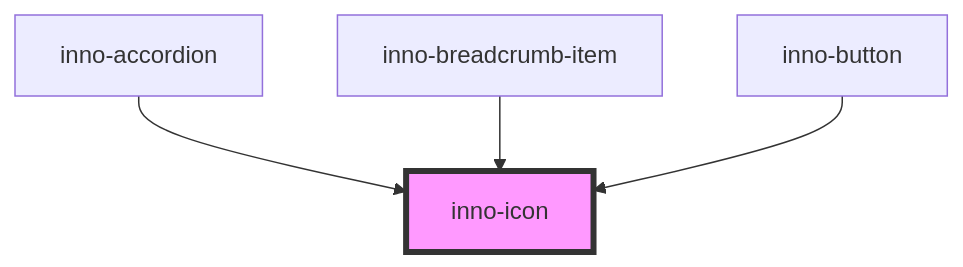
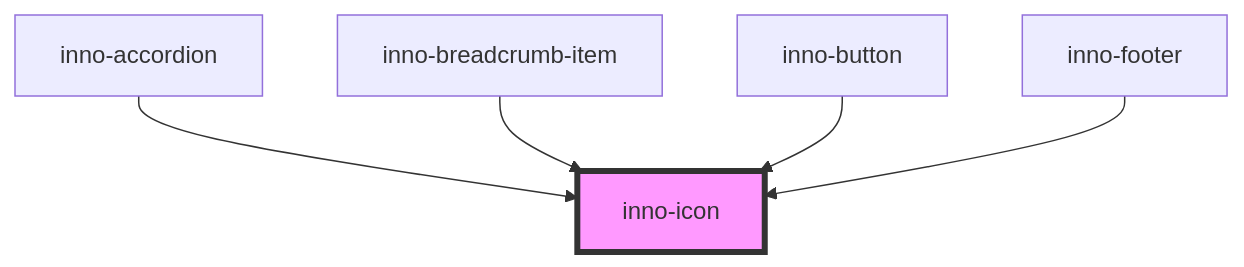
The diagram in packages/stencil-lib/src/components/inno-icon/readme.md (innomotics/brand-experience), drawn with Mermaid before and after one commit. The commit also changed other lines of this file and 8 other files, not shown here.

````diff
--- a/packages/stencil-lib/src/components/inno-icon/readme.md
+++ b/packages/stencil-lib/src/components/inno-icon/readme.md
@@ -26,7 +27,8 @@
 ```mermaid
 graph TD;
   inno-accordion --> inno-icon
   inno-breadcrumb-item --> inno-icon
   inno-button --> inno-icon
+  inno-footer --> inno-icon
   style inno-icon fill:#f9f,stroke:#333,stroke-width:4px
 ```
````
